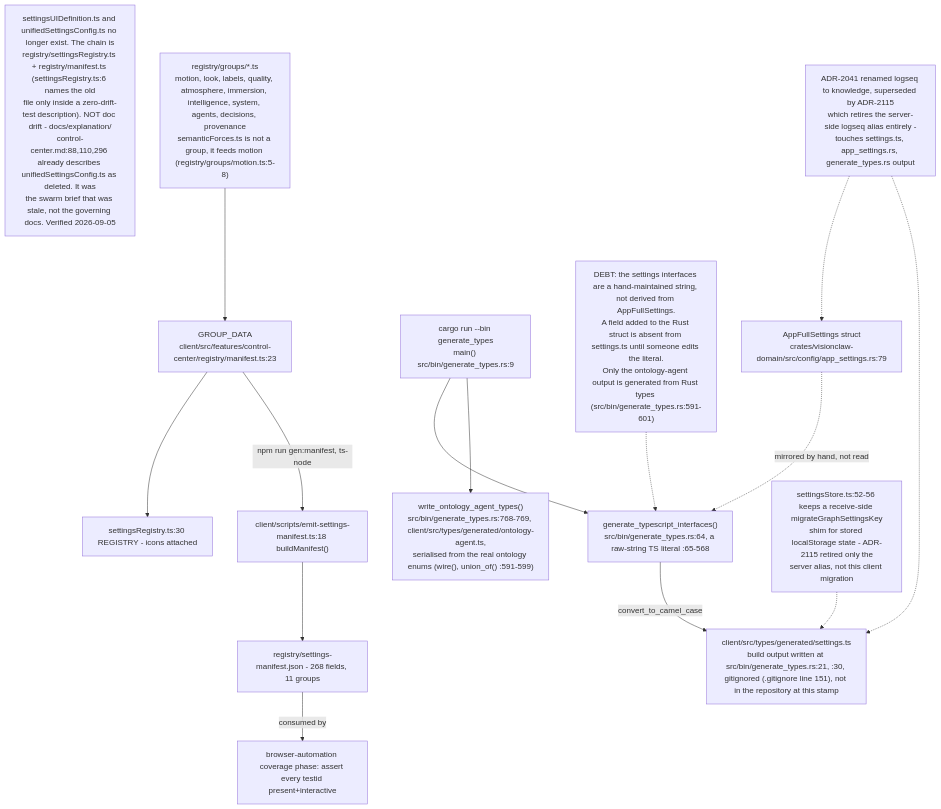
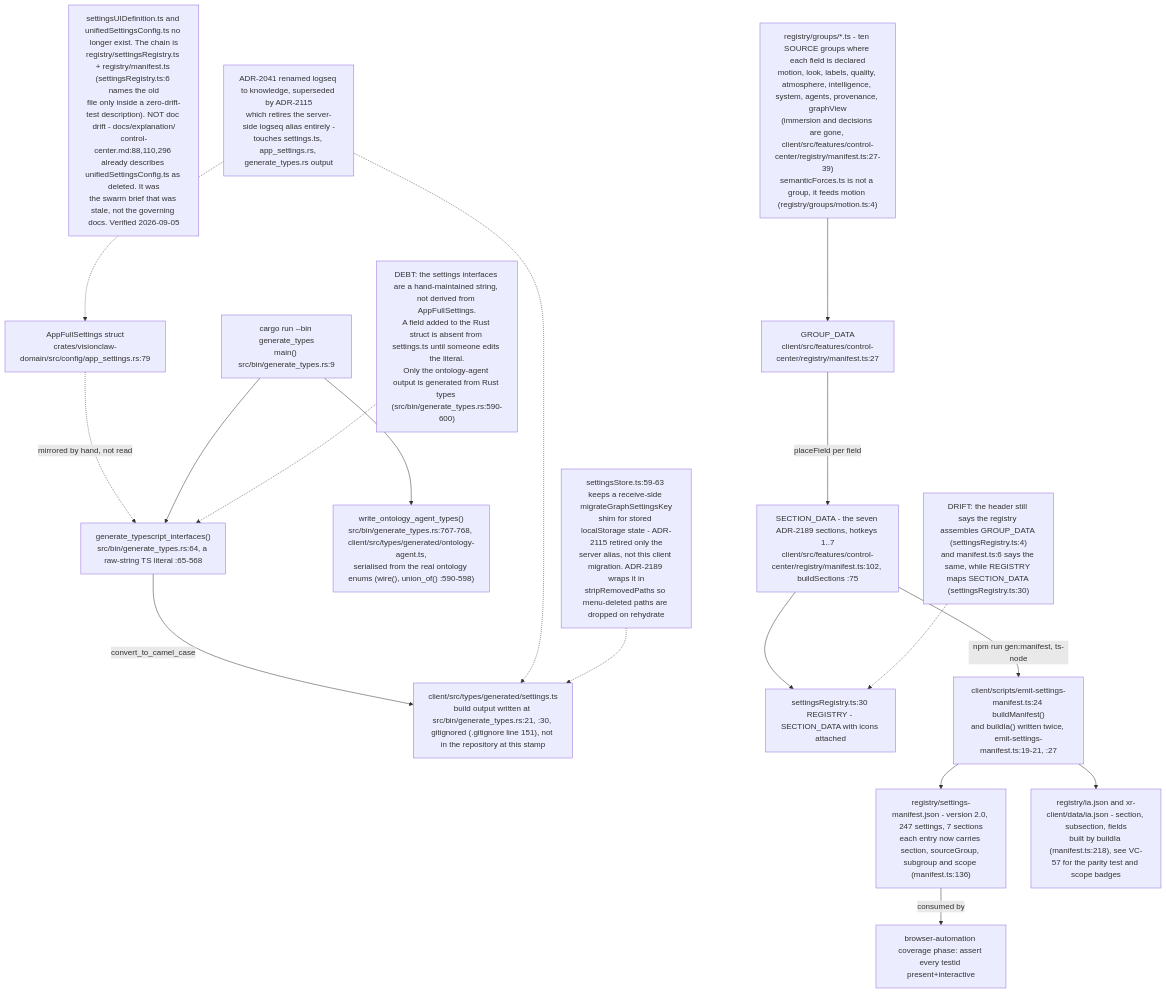
One commit to DreamLab-AI/VisionFlow changed the second of 20 diagrams in docs/diagrams/visionclaw/34-client-features.md. Above: the diagram before and after it, drawn with Mermaid. The commit also changed other lines of this file and 56 other files, not shown here.

First line of the commit message:
docs(diagrams): re-verify VisionClaw topics at ec785afa9, add VC-19/56/57 and the VisionClaw register

````diff
--- a/docs/diagrams/visionclaw/34-client-features.md
+++ b/docs/diagrams/visionclaw/34-client-features.md
@@ -170,17 +192,20 @@
 ```mermaid
 flowchart TD
     RustStruct["AppFullSettings struct<br/>crates/visionclaw-domain/src/config/app_settings.rs:79"] -.->|mirrored by hand, not read| Gen["generate_typescript_interfaces()<br/>src/bin/generate_types.rs:64, a raw-string TS literal :65-568"]
     Bin["cargo run --bin generate_types<br/>main() src/bin/generate_types.rs:9"] --> Gen
-    Bin --> OntGen["write_ontology_agent_types()<br/>src/bin/generate_types.rs:768-769, client/src/types/generated/ontology-agent.ts,<br/>serialised from the real ontology enums (wire(), union_of() :591-599)"]
-    Debt1["DEBT: the settings interfaces are a hand-maintained string, not derived from AppFullSettings.<br/>A field added to the Rust struct is absent from settings.ts until someone edits the literal.<br/>Only the ontology-agent output is generated from Rust types (src/bin/generate_types.rs:591-601)"] -.-> Gen
+    Bin --> OntGen["write_ontology_agent_types()<br/>src/bin/generate_types.rs:767-768, client/src/types/generated/ontology-agent.ts,<br/>serialised from the real ontology enums (wire(), union_of() :590-598)"]
+    Debt1["DEBT: the settings interfaces are a hand-maintained string, not derived from AppFullSettings.<br/>A field added to the Rust struct is absent from settings.ts until someone edits the literal.<br/>Only the ontology-agent output is generated from Rust types (src/bin/generate_types.rs:590-600)"] -.-> Gen
     Gen -->|convert_to_camel_case| Out["client/src/types/generated/settings.ts<br/>build output written at src/bin/generate_types.rs:21, :30, gitignored (.gitignore line 151), not in the repository at this stamp"]
     Note1["settingsUIDefinition.ts and unifiedSettingsConfig.ts no longer exist. The chain is<br/>registry/settingsRegistry.ts + registry/manifest.ts (settingsRegistry.ts:6 names the old<br/>file only inside a zero-drift-test description). NOT doc drift - docs/explanation/<br/>control-center.md:88,110,296 already describes unifiedSettingsConfig.ts as deleted. It was<br/>the swarm brief that was stale, not the governing docs. Verified 2026-09-05"]
-    Groups["registry/groups/*.ts<br/>motion, look, labels, quality, atmosphere, immersion, intelligence, system, agents, decisions, provenance<br/>semanticForces.ts is not a group, it feeds motion (registry/groups/motion.ts:5-8)"] --> ManifestTs["GROUP_DATA<br/>client/src/features/control-center/registry/manifest.ts:23"]
-    ManifestTs --> Registry["settingsRegistry.ts:30 REGISTRY - icons attached"]
-    ManifestTs -->|npm run gen:manifest, ts-node| Emit["client/scripts/emit-settings-manifest.ts:18 buildManifest()"]
-    Emit --> ManifestJson["registry/settings-manifest.json - 268 fields, 11 groups"]
+    Groups["registry/groups/*.ts - ten SOURCE groups where each field is declared<br/>motion, look, labels, quality, atmosphere, intelligence, system, agents, provenance, graphView<br/>(immersion and decisions are gone, client/src/features/control-center/registry/manifest.ts:27-39)<br/>semanticForces.ts is not a group, it feeds motion (registry/groups/motion.ts:4)"] --> ManifestTs["GROUP_DATA<br/>client/src/features/control-center/registry/manifest.ts:27"]
+    ManifestTs -->|placeField per field| Sections["SECTION_DATA - the seven ADR-2189 sections, hotkeys 1..7<br/>client/src/features/control-center/registry/manifest.ts:102, buildSections :75"]
+    Sections --> Registry["settingsRegistry.ts:30 REGISTRY - SECTION_DATA with icons attached"]
+    DriftReg["DRIFT: the header still says the registry assembles GROUP_DATA (settingsRegistry.ts:4)<br/>and manifest.ts:6 says the same, while REGISTRY maps SECTION_DATA (settingsRegistry.ts:30)"] -.-> Registry
+    Sections -->|npm run gen:manifest, ts-node| Emit["client/scripts/emit-settings-manifest.ts:24 buildManifest()<br/>and buildIa() written twice, emit-settings-manifest.ts:19-21, :27"]
+    Emit --> ManifestJson["registry/settings-manifest.json - version 2.0, 247 settings, 7 sections<br/>each entry now carries section, sourceGroup, subgroup and scope (manifest.ts:136)"]
+    Emit --> Ia["registry/ia.json and xr-client/data/ia.json - section, subsection, fields<br/>built by buildIa (manifest.ts:218), see VC-57 for the parity test and scope badges"]
     ManifestJson -->|consumed by| QA["browser-automation coverage phase: assert every testid present+interactive"]
     ADR["ADR-2041 renamed logseq to knowledge, superseded by ADR-2115<br/>which retires the server-side logseq alias entirely -<br/>touches settings.ts, app_settings.rs, generate_types.rs output"] -.-> RustStruct
     ADR -.-> Out
-    Note2["settingsStore.ts:52-56 keeps a receive-side migrateGraphSettingsKey<br/>shim for stored localStorage state - ADR-2115 retired only the<br/>server alias, not this client migration"] -.-> Out
+    Note2["settingsStore.ts:59-63 keeps a receive-side migrateGraphSettingsKey<br/>shim for stored localStorage state - ADR-2115 retired only the<br/>server alias, not this client migration. ADR-2189 wraps it in<br/>stripRemovedPaths so menu-deleted paths are dropped on rehydrate"] -.-> Out
 ```
````
